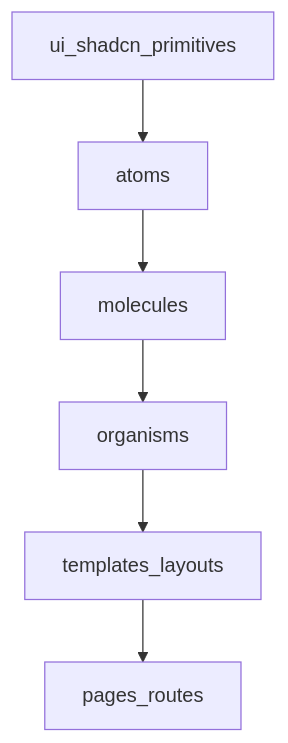
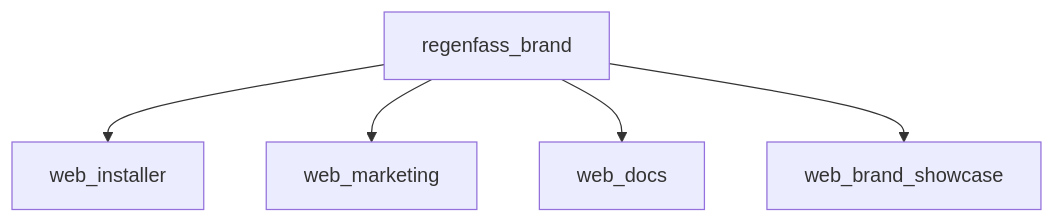
The diagram in docs/Component-Structure.md (ttnleipzig/regenfass), drawn with Mermaid before and after one commit. The commit also changed other lines of this file and 380 other files, not shown here.

````diff
--- a/docs/Component-Structure.md
+++ b/docs/Component-Structure.md
@@ -29,14 +30,12 @@
 ```mermaid
 flowchart TB
-  ui[ui_shadcn_primitives]
-  atoms[atoms]
-  molecules[molecules]
-  organisms[organisms]
-  templates[templates_layouts]
-  pages[pages_routes]
-  ui --> atoms
-  atoms --> molecules
-  molecules --> organisms
-  organisms --> templates
-  templates --> pages
+  brand[regenfass_brand]
+  installer[web_installer]
+  marketing[web_marketing]
+  docs[web_docs]
+  showcase[web_brand_showcase]
+  brand --> installer
+  brand --> marketing
+  brand --> docs
+  brand --> showcase
 ```
````
